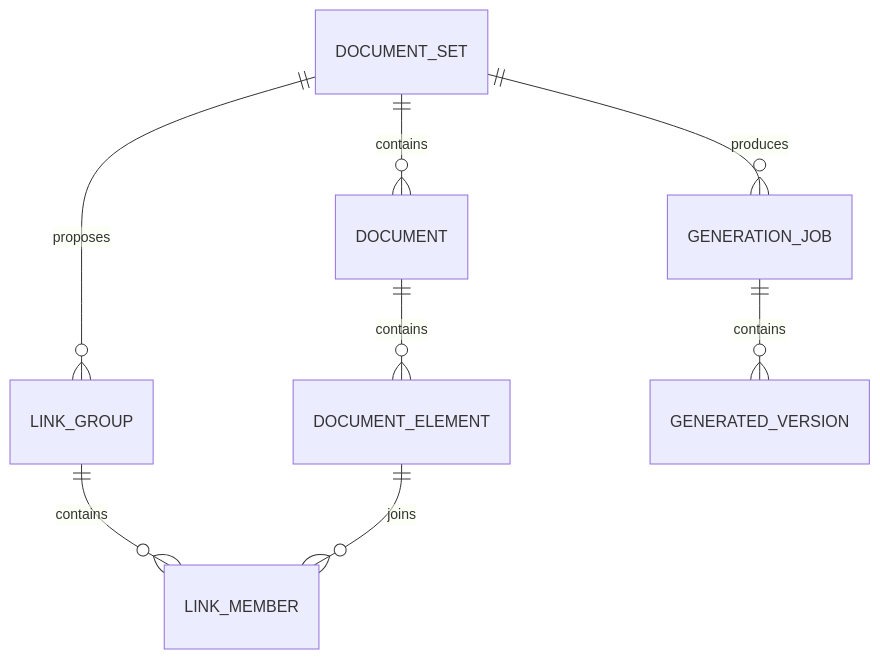
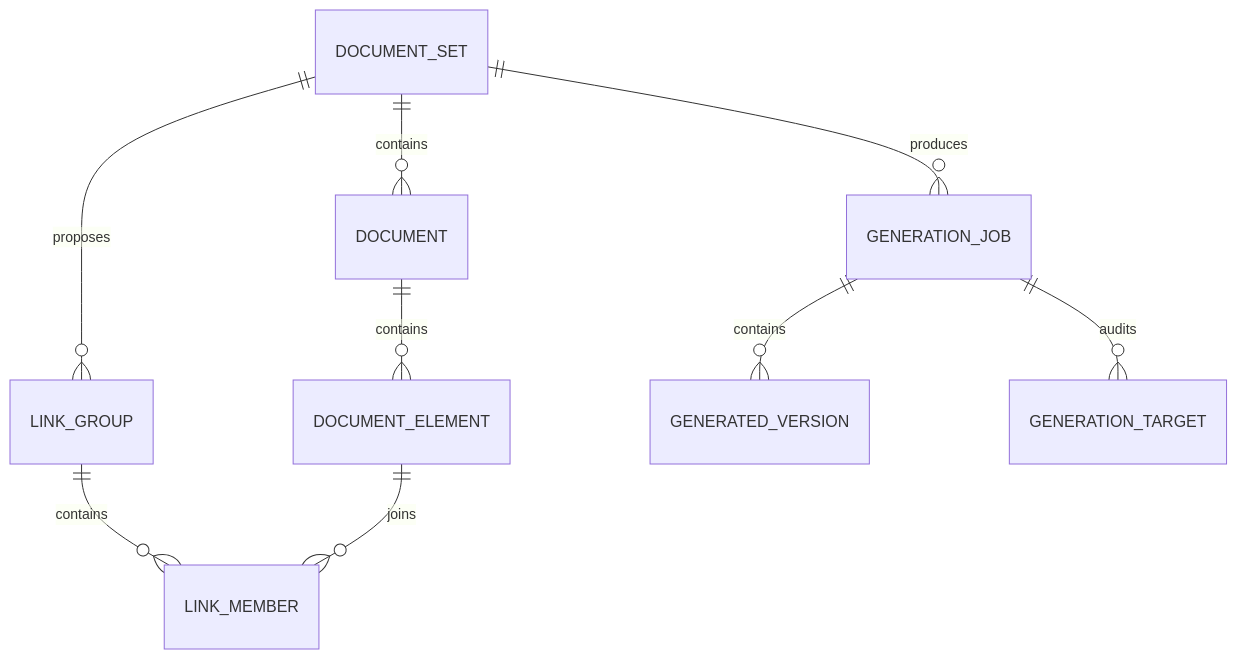
One commit to DeanFeldman/DocuSync changed the second of 2 diagrams in docs/architecture.md. Above: the diagram before and after it, drawn with Mermaid. The commit also changed other lines of this file and 18 other files, not shown here.

````diff
--- a/docs/architecture.md
+++ b/docs/architecture.md
@@ -29,10 +31,11 @@
 ```mermaid
 erDiagram
     DOCUMENT_SET ||--o{ DOCUMENT : contains
     DOCUMENT ||--o{ DOCUMENT_ELEMENT : contains
     DOCUMENT_SET ||--o{ LINK_GROUP : proposes
     LINK_GROUP ||--o{ LINK_MEMBER : contains
     DOCUMENT_ELEMENT ||--o{ LINK_MEMBER : joins
     DOCUMENT_SET ||--o{ GENERATION_JOB : produces
     GENERATION_JOB ||--o{ GENERATED_VERSION : contains
+    GENERATION_JOB ||--o{ GENERATION_TARGET : audits
 ```
````
